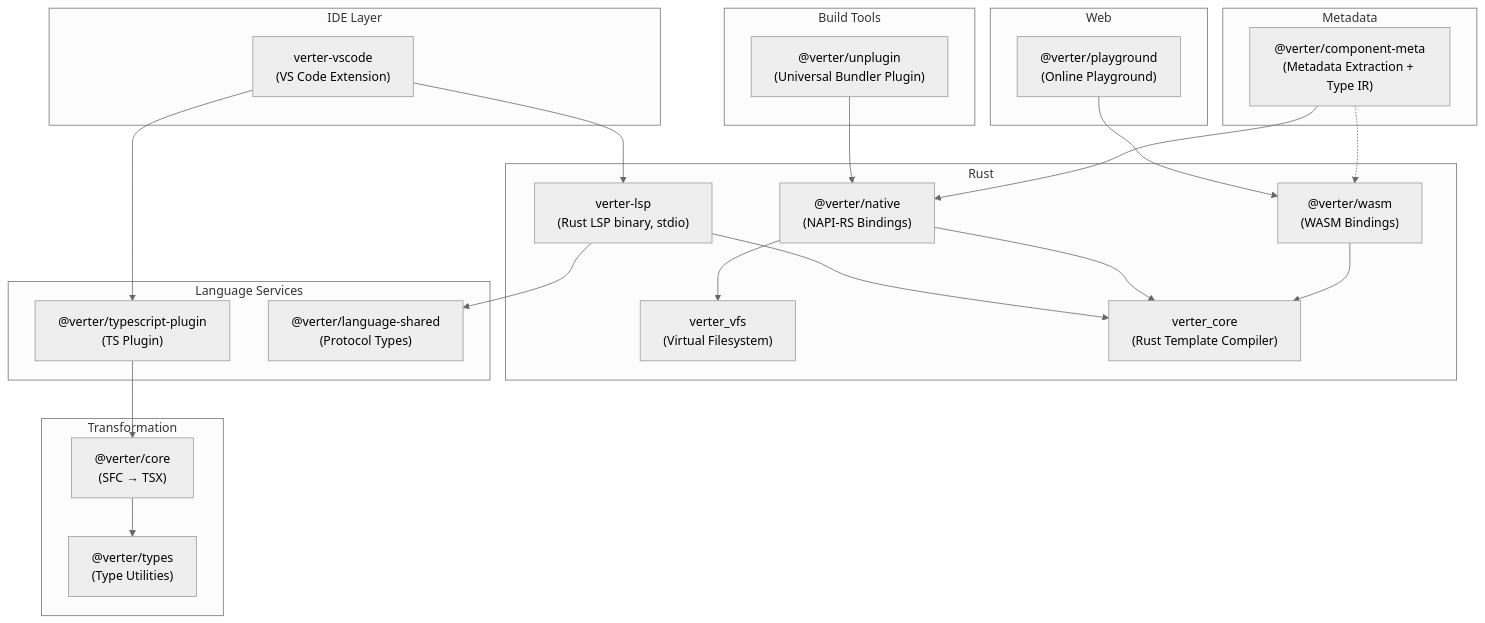
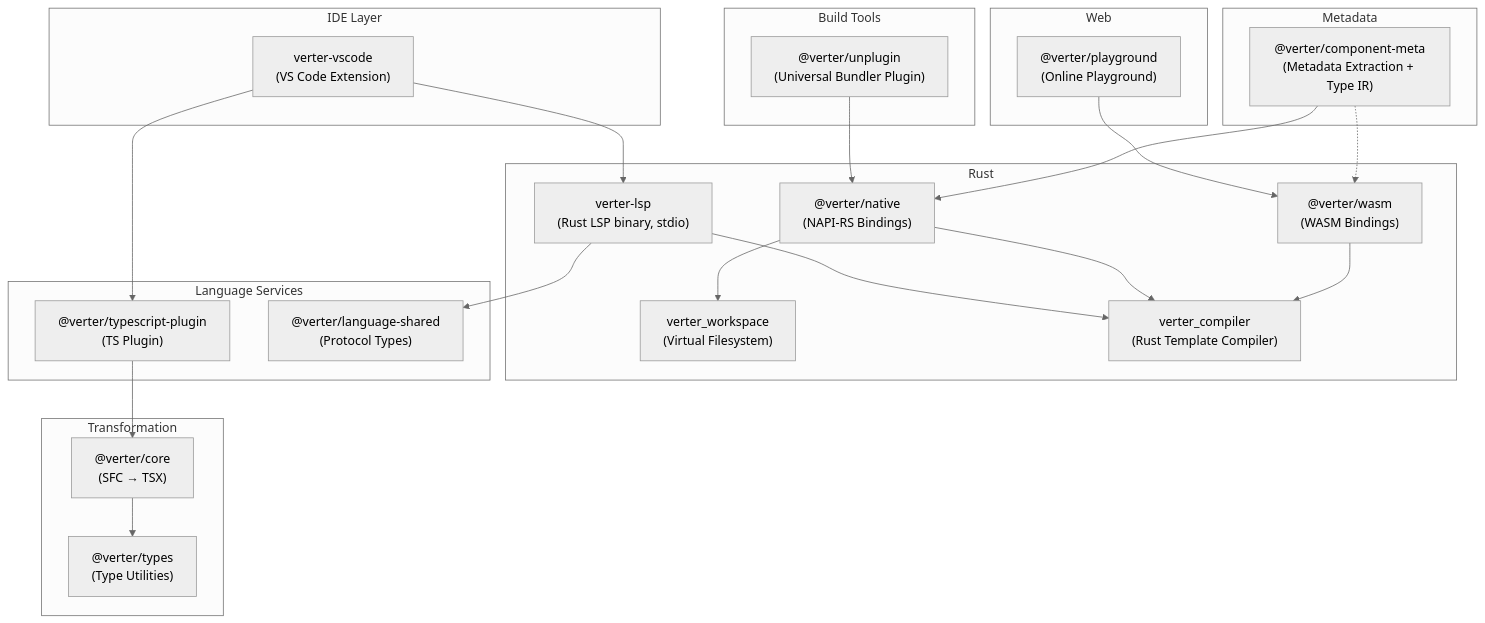
One commit to pikax/verter changed the first of 4 diagrams in docs/guide/architecture.md. Above: the diagram before and after it, drawn with Mermaid (neutral theme). The commit also changed other lines of this file and 29 other files, not shown here.

````diff
--- a/docs/guide/architecture.md
+++ b/docs/guide/architecture.md
@@ -11,43 +11,43 @@
 ```mermaid
 graph TB
     subgraph "IDE Layer"
         VSCode["verter-vscode<br/>(VS Code Extension)"]
     end
     subgraph "Rust"
         LSP["verter-lsp<br/>(Rust LSP binary, stdio)"]
         Native["@verter/native<br/>(NAPI-RS Bindings)"]
         WASM["@verter/wasm<br/>(WASM Bindings)"]
-        VFS["verter_vfs<br/>(Virtual Filesystem)"]
-        RustCore["verter_core<br/>(Rust Template Compiler)"]
+        VFS["verter_workspace<br/>(Virtual Filesystem)"]
+        RustCore["verter_compiler<br/>(Rust Template Compiler)"]
     end
     subgraph "Language Services"
         TSPlugin["@verter/typescript-plugin<br/>(TS Plugin)"]
         Shared["@verter/language-shared<br/>(Protocol Types)"]
     end
     subgraph "Transformation"
         Core["@verter/core<br/>(SFC → TSX)"]
         Types["@verter/types<br/>(Type Utilities)"]
     end
     subgraph "Build Tools"
         Unplugin["@verter/unplugin<br/>(Universal Bundler Plugin)"]
     end
     subgraph "Metadata"
         ComponentMeta["@verter/component-meta<br/>(Metadata Extraction + Type IR)"]
     end
     subgraph "Web"
         Playground["@verter/playground<br/>(Online Playground)"]
     end
     VSCode --> LSP
     VSCode --> TSPlugin
     LSP --> RustCore
     LSP --> Shared
     TSPlugin --> Core
     Core --> Types
     Native --> VFS
     Native --> RustCore
     WASM --> RustCore
     Unplugin --> Native
     Playground --> WASM
     ComponentMeta --> Native
     ComponentMeta -.-> WASM
 ```
````
